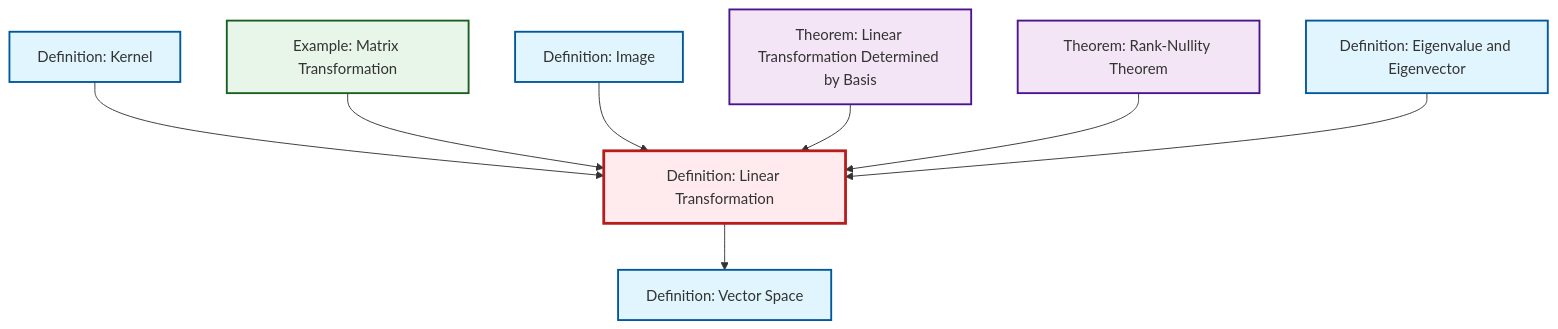
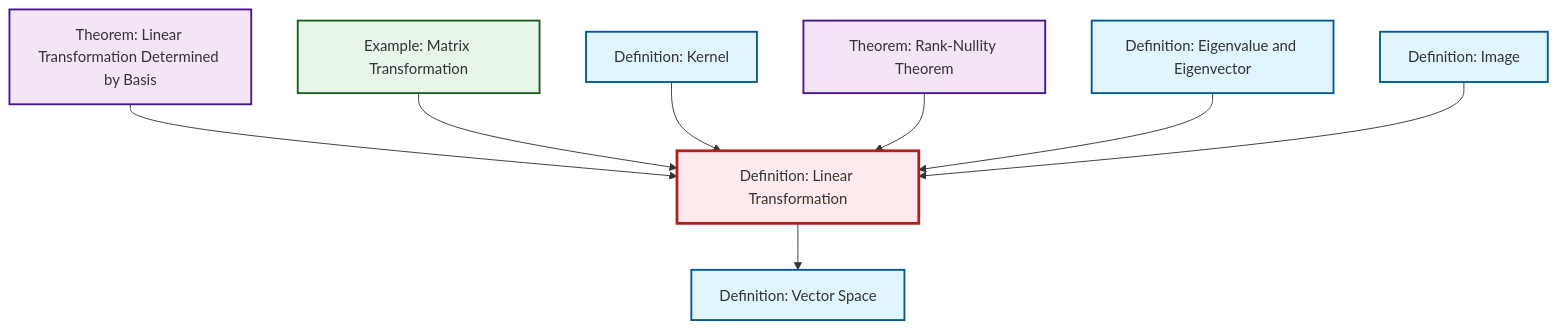
Before and after one commit to RK0429/ModernMath: the diagram in content/en/algebra/def-linear-transformation.qmd, drawn with Mermaid. The commit also changed other lines of this file and 531 other files, not shown here.

````diff
--- a/content/en/algebra/def-linear-transformation.qmd
+++ b/content/en/algebra/def-linear-transformation.qmd
@@ -45,32 +45,32 @@
 ```{mermaid}
 %%| fig-cap: "Local dependency graph"
 graph TD
     classDef definition fill:#e1f5fe,stroke:#01579b,stroke-width:2px
     classDef theorem fill:#f3e5f5,stroke:#4a148c,stroke-width:2px
     classDef axiom fill:#fff3e0,stroke:#e65100,stroke-width:2px
     classDef example fill:#e8f5e9,stroke:#1b5e20,stroke-width:2px
     classDef current fill:#ffebee,stroke:#b71c1c,stroke-width:3px
-    def-kernel["Definition: Kernel"]:::definition
-    ex-matrix-transformation["Example: Matrix Transformation"]:::example
-    def-eigenvalue-eigenvector["Definition: Eigenvalue and Eigenvector"]:::definition
+    thm-linear-transformation-basis["Theorem: Linear Transformation Determined by Basis"]:::theorem
     thm-rank-nullity["Theorem: Rank-Nullity Theorem"]:::theorem
-    def-vector-space["Definition: Vector Space"]:::definition
     def-image["Definition: Image"]:::definition
     def-linear-transformation["Definition: Linear Transformation"]:::definition
-    thm-linear-transformation-basis["Theorem: Linear Transformation Determined by Basis"]:::theorem
+    def-eigenvalue-eigenvector["Definition: Eigenvalue and Eigenvector"]:::definition
+    ex-matrix-transformation["Example: Matrix Transformation"]:::example
+    def-vector-space["Definition: Vector Space"]:::definition
+    def-kernel["Definition: Kernel"]:::definition
+    thm-linear-transformation-basis --> def-linear-transformation
+    ex-matrix-transformation --> def-linear-transformation
     def-kernel --> def-linear-transformation
-    ex-matrix-transformation --> def-linear-transformation
-    def-image --> def-linear-transformation
-    def-linear-transformation --> def-vector-space
-    thm-linear-transformation-basis --> def-linear-transformation
     thm-rank-nullity --> def-linear-transformation
     def-eigenvalue-eigenvector --> def-linear-transformation
+    def-linear-transformation --> def-vector-space
+    def-image --> def-linear-transformation
     class def-linear-transformation current
+    click thm-linear-transformation-basis "thm-linear-transformation-basis.html" "Go to Linear Transformation Determined by Basis theorem"
+    click thm-rank-nullity "thm-rank-nullity.html" "Go to Rank-Nullity Theorem theorem"
+    click def-image "def-image.html" "Go to Image definition"
+    click def-eigenvalue-eigenvector "def-eigenvalue-eigenvector.html" "Go to Eigenvalue and Eigenvector definition"
+    click ex-matrix-transformation "ex-matrix-transformation.html" "Go to Matrix Transformation example"
+    click def-vector-space "def-vector-space.html" "Go to Vector Space definition"
     click def-kernel "def-kernel.html" "Go to Kernel definition"
-    click ex-matrix-transformation "ex-matrix-transformation.html" "Go to Matrix Transformation example"
-    click def-eigenvalue-eigenvector "def-eigenvalue-eigenvector.html" "Go to Eigenvalue and Eigenvector definition"
-    click thm-rank-nullity "thm-rank-nullity.html" "Go to Rank-Nullity Theorem theorem"
-    click def-vector-space "def-vector-space.html" "Go to Vector Space definition"
-    click def-image "def-image.html" "Go to Image definition"
-    click thm-linear-transformation-basis "thm-linear-transformation-basis.html" "Go to Linear Transformation Determined by Basis theorem"
 ```
````
